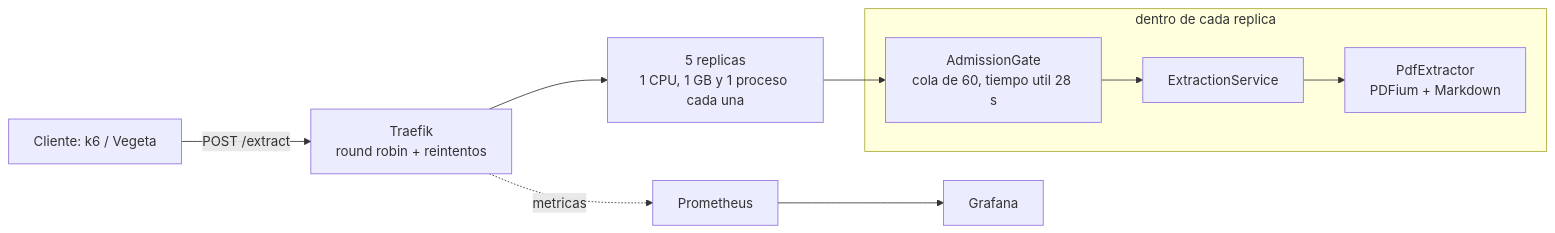
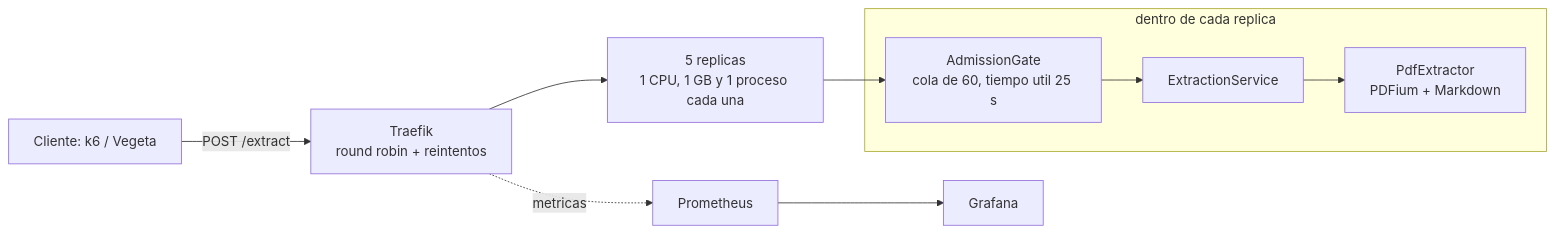
The diagram in ARCHITECTURE.md (21dai/pdf-extractext), drawn with Mermaid before and after one commit. The commit also changed 5 other files, not shown here.

Commit message:
docs: registrar el experimento de la holgura del tiempo util

````diff
--- a/ARCHITECTURE.md
+++ b/ARCHITECTURE.md
@@ -161,10 +161,10 @@
 ```mermaid
 flowchart LR
     C[Cliente: k6 / Vegeta] -->|POST /extract| T[Traefik<br/>round robin + reintentos]
     T --> R[5 replicas<br/>1 CPU, 1 GB y 1 proceso cada una]
     subgraph Replica [dentro de cada replica]
-        G[AdmissionGate<br/>cola de 60, tiempo util 28 s] --> E[ExtractionService] --> P[PdfExtractor<br/>PDFium + Markdown]
+        G[AdmissionGate<br/>cola de 60, tiempo util 25 s] --> E[ExtractionService] --> P[PdfExtractor<br/>PDFium + Markdown]
     end
     R --> G
     T -.metricas.-> PR[Prometheus] --> GR[Grafana]
 ```
````
